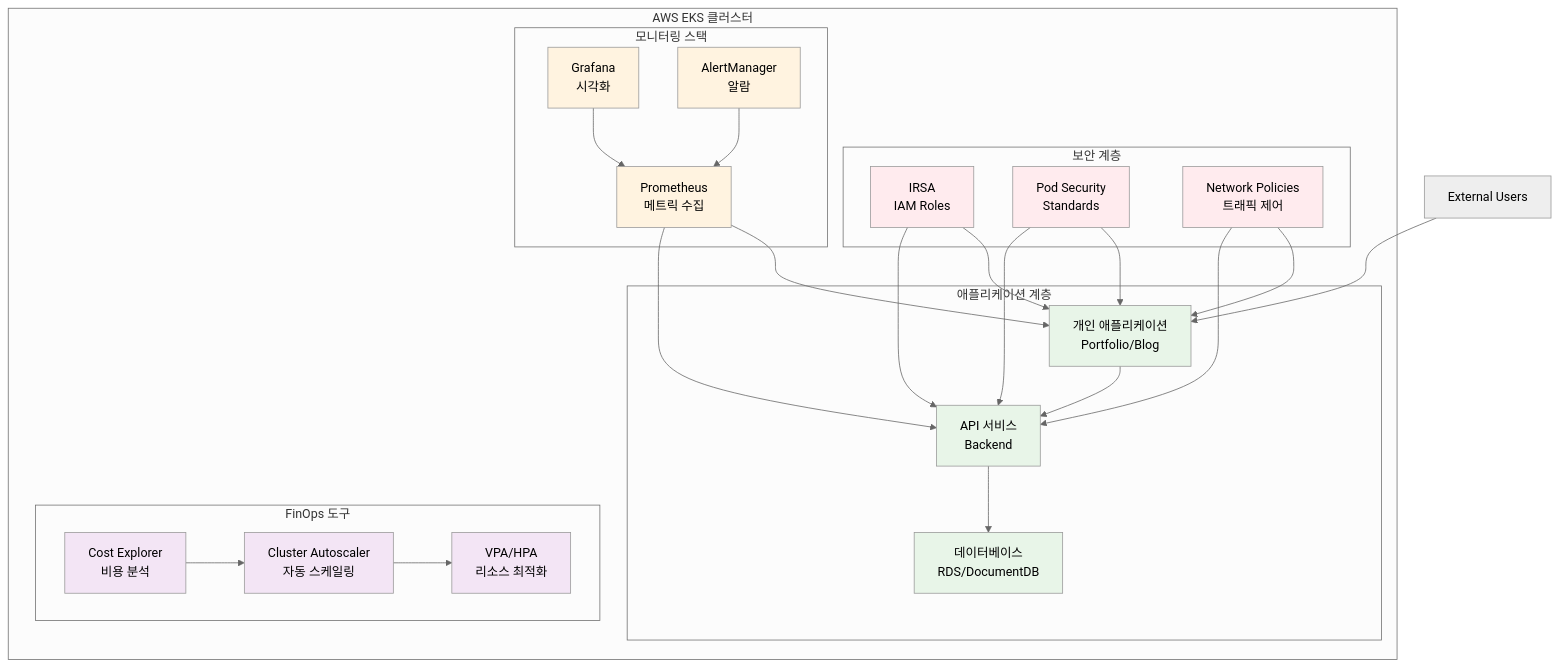
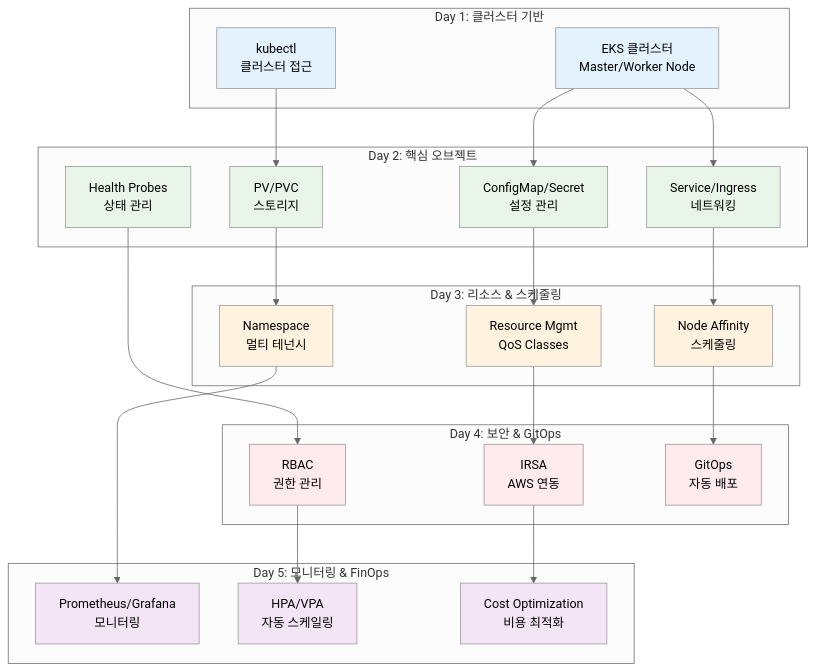
The diagram in theory/week_03/README.md (niceguy61/kdt_devops_lecture_2025), drawn with Mermaid (neutral theme) before and after one commit. The commit also changed other lines of this file and 10 other files, not shown here.

````diff
--- a/theory/week_03/README.md
+++ b/theory/week_03/README.md
@@ -136,60 +135,61 @@
 ```mermaid
 graph TB
-    subgraph "AWS EKS 클러스터"
-        subgraph "애플리케이션 계층"
-            A[개인 애플리케이션<br/>Portfolio/Blog]
-            B[API 서비스<br/>Backend]
-            C[데이터베이스<br/>RDS/DocumentDB]
-        end
-        
-        subgraph "보안 계층"
-            D[IRSA<br/>IAM Roles]
-            E[Pod Security<br/>Standards]
-            F[Network Policies<br/>트래픽 제어]
-        end
-        
-        subgraph "모니터링 스택"
-            G[Prometheus<br/>메트릭 수집]
-            H[Grafana<br/>시각화]
-            I[AlertManager<br/>알람]
-        end
-        
-        subgraph "FinOps 도구"
-            J[Cost Explorer<br/>비용 분석]
-            K[Cluster Autoscaler<br/>자동 스케일링]
-            L[VPA/HPA<br/>리소스 최적화]
-        end
+    subgraph "Day 1: 클러스터 기반"
+        A[EKS 클러스터<br/>Master/Worker Node]
+        B[kubectl<br/>클러스터 접근]
     end
     
-    M[External Users] --> A
-    A --> B
-    B --> C
+    subgraph "Day 2: 핵심 오브젝트"
+        C[ConfigMap/Secret<br/>설정 관리]
+        D[Service/Ingress<br/>네트워킹]
+        E[PV/PVC<br/>스토리지]
+        F[Health Probes<br/>상태 관리]
+    end
     
-    D --> A
-    D --> B
-    E --> A
-    E --> B
-    F --> A
-    F --> B
+    subgraph "Day 3: 리소스 & 스케줄링"
+        G[Resource Mgmt<br/>QoS Classes]
+        H[Node Affinity<br/>스케줄링]
+        I[Namespace<br/>멀티 테넌시]
+    end
     
-    G --> A
-    G --> B
-    H --> G
-    I --> G
+    subgraph "Day 4: 보안 & GitOps"
+        J[RBAC<br/>권한 관리]
+        K[IRSA<br/>AWS 연동]
+        L[GitOps<br/>자동 배포]
+    end
     
-    J --> K
-    K --> L
+    subgraph "Day 5: 모니터링 & FinOps"
+        M[Prometheus/Grafana<br/>모니터링]
+        N[HPA/VPA<br/>자동 스케일링]
+        O[Cost Optimization<br/>비용 최적화]
+    end
     
-    style A fill:#e8f5e8
-    style B fill:#e8f5e8
+    A --> C
+    A --> D
+    B --> E
+    C --> G
+    D --> H
+    E --> I
+    F --> J
+    G --> K
+    H --> L
+    I --> M
+    J --> N
+    K --> O
+    
+    style A fill:#e3f2fd
+    style B fill:#e3f2fd
     style C fill:#e8f5e8
-    style D fill:#ffebee
-    style E fill:#ffebee
-    style F fill:#ffebee
+    style D fill:#e8f5e8
+    style E fill:#e8f5e8
+    style F fill:#e8f5e8
     style G fill:#fff3e0
     style H fill:#fff3e0
     style I fill:#fff3e0
-    style J fill:#f3e5f5
-    style K fill:#f3e5f5
-    style L fill:#f3e5f5
+    style J fill:#ffebee
+    style K fill:#ffebee
+    style L fill:#ffebee
+    style M fill:#f3e5f5
+    style N fill:#f3e5f5
+    style O fill:#f3e5f5
 ```
````
